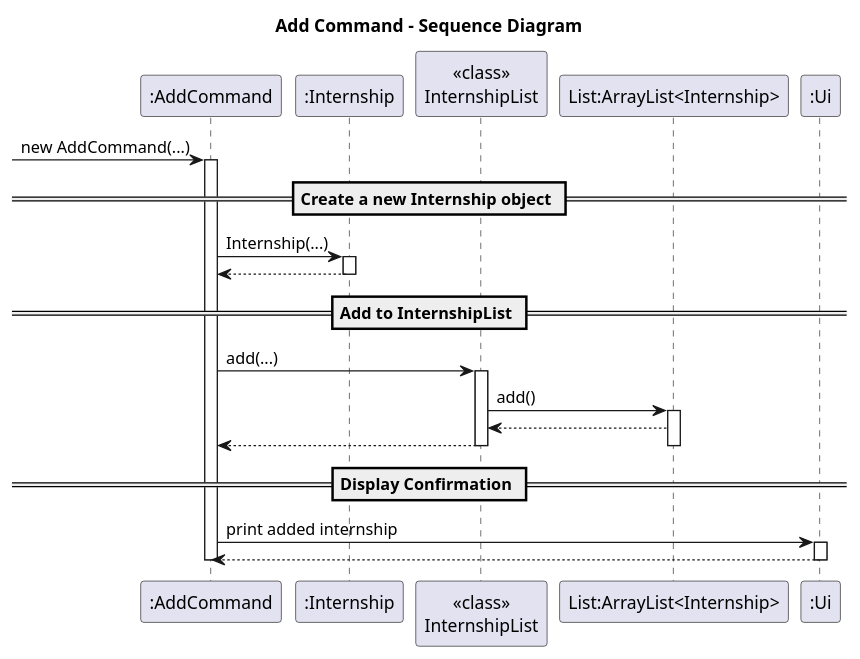
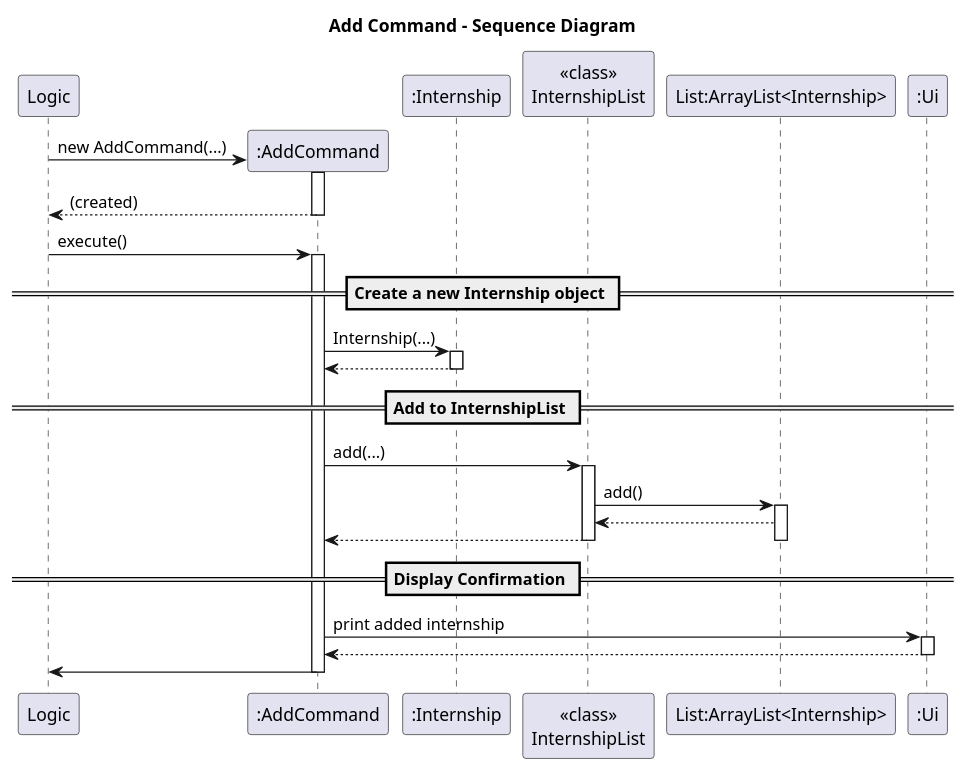
One commit to BenyAlbatross/tp changed the diagram in docs/diagrams/AddCommandSD.puml. Above: the diagram before and after it, drawn with PlantUML. The commit also changed 1 other file, not shown here.

```diff
--- a/docs/diagrams/AddCommandSD.puml
+++ b/docs/diagrams/AddCommandSD.puml
@@ -1,36 +1,43 @@
 @startuml
 title Add Command - Sequence Diagram
-
-participant ":AddCommand" as AC
+participant Logic
+create ":AddCommand" as AC
 participant ":Internship" as IN
 participant "<<class>>\nInternshipList" as IL
 participant "List:ArrayList<Internship>" as LI
 participant ":Ui" as Ui
 
--> AC: new AddCommand(...)
+Logic-> AC**: new AddCommand(...)
 activate AC
+return (created)
+
+Logic-> AC: execute()
+activate AC
+
 == Create a new Internship object ==
 AC -> IN: Internship(...)
 activate IN
 IN --> AC
 deactivate IN
 
 == Add to InternshipList ==
 AC -> IL: add(...)
 activate IL
 IL -> LI: add()
 activate LI
 LI --> IL
 IL --> AC
 deactivate LI
 deactivate IL
 
 == Display Confirmation ==
 AC -> Ui: print added internship
 activate Ui
 Ui --> AC
 deactivate Ui
 
+AC->Logic
 deactivate AC
 
+
 @enduml
```
